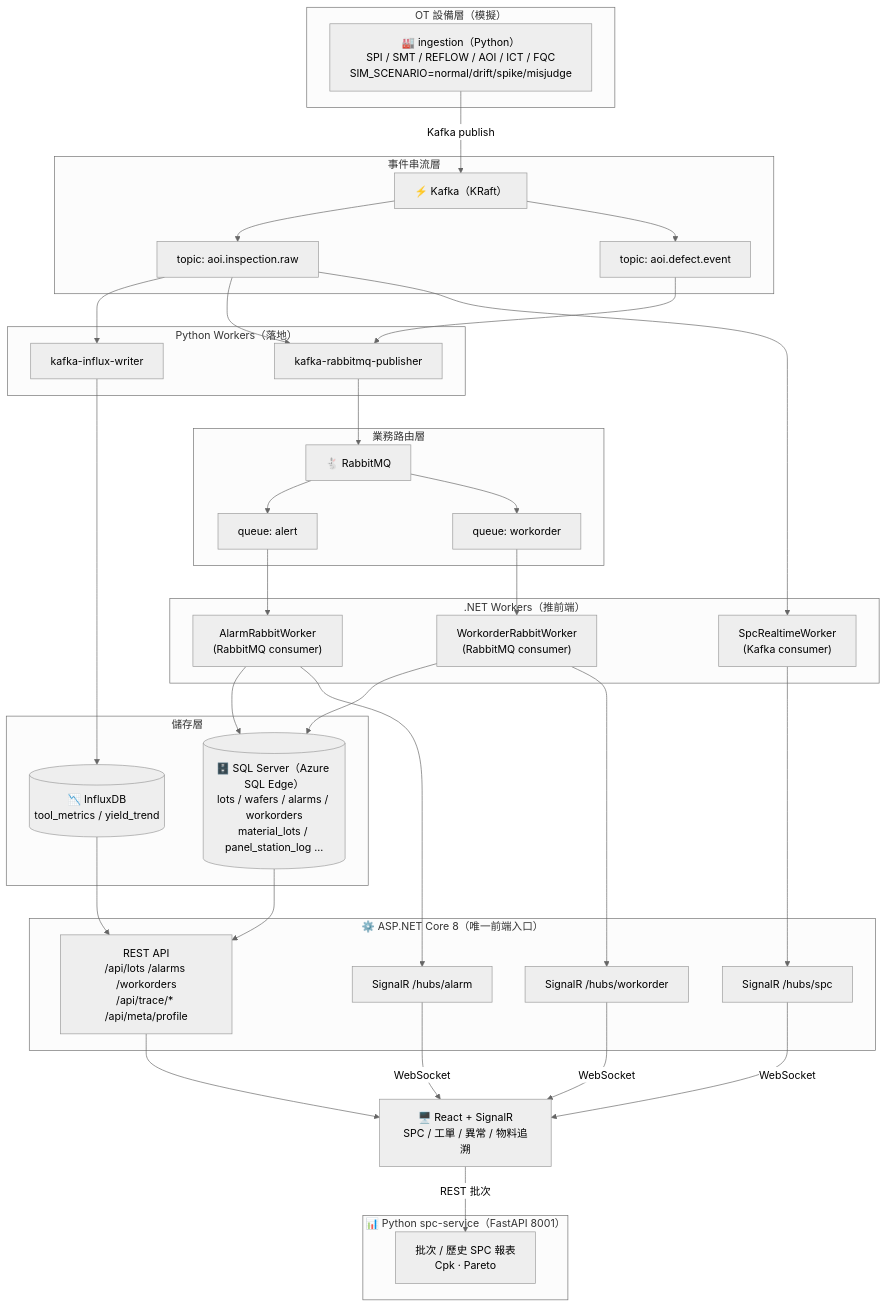
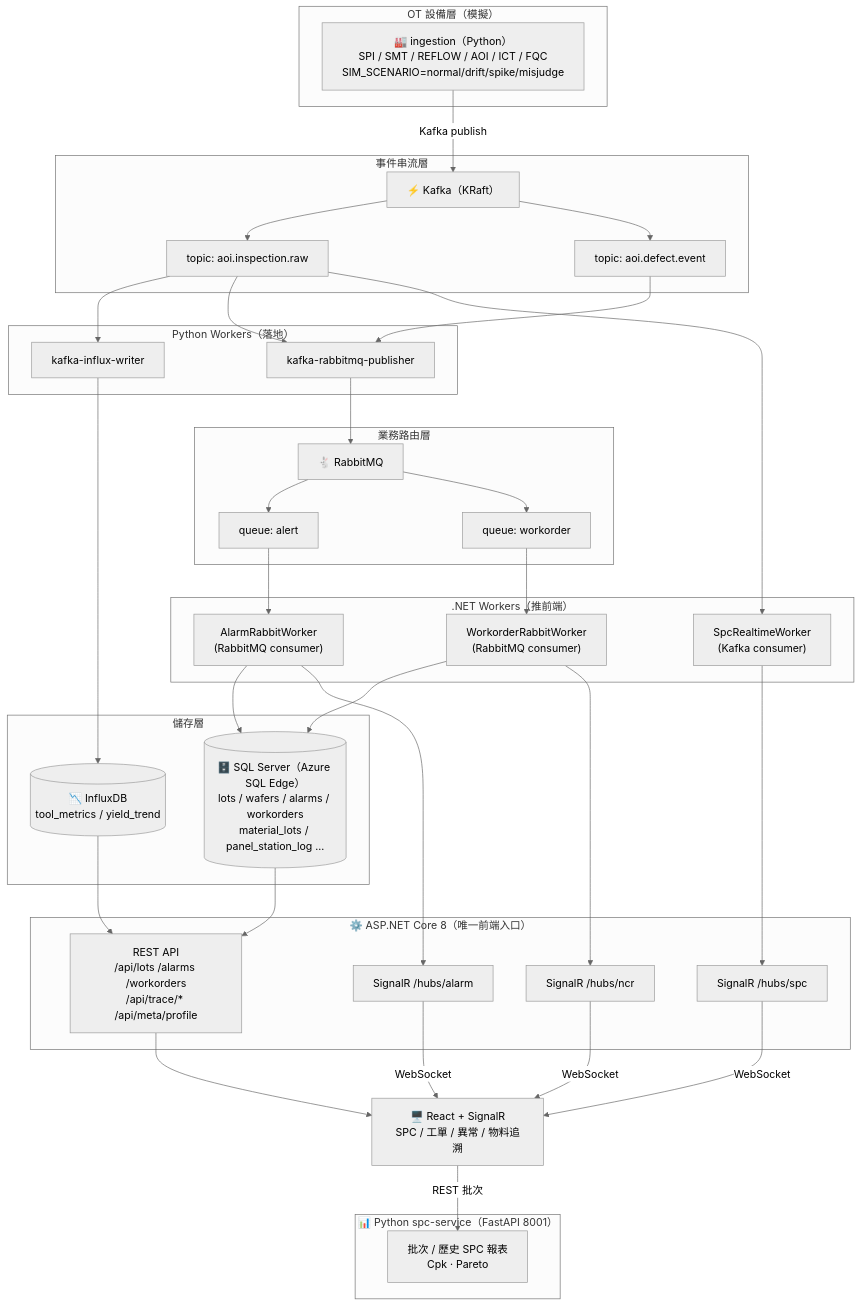
Before and after one commit to sfad159357/aoi-ops-platform: the first of 6 diagrams in graph.md, drawn with Mermaid (neutral theme). The commit also changed other lines of this file and 34 other files, not shown here.

````diff
--- a/graph.md
+++ b/graph.md
@@ -14,77 +14,77 @@
 ```mermaid
 flowchart TB
   subgraph OT["OT 設備層（模擬）"]
     SIM["🏭 ingestion（Python）<br/>SPI / SMT / REFLOW / AOI / ICT / FQC<br/>SIM_SCENARIO=normal/drift/spike/misjudge"]
   end
 
   subgraph Stream["事件串流層"]
     KAFKA["⚡ Kafka（KRaft）"]
     T1["topic: aoi.inspection.raw"]
     T2["topic: aoi.defect.event"]
     KAFKA --> T1
     KAFKA --> T2
   end
 
   subgraph PyWorkers["Python Workers（落地）"]
     INF_W["kafka-influx-writer"]
     RMQ_PUB["kafka-rabbitmq-publisher"]
   end
 
   subgraph DotnetWorkers[".NET Workers（推前端）"]
     SPC_W["SpcRealtimeWorker<br/>(Kafka consumer)"]
     AL_W["AlarmRabbitWorker<br/>(RabbitMQ consumer)"]
     WO_W["WorkorderRabbitWorker<br/>(RabbitMQ consumer)"]
   end
 
   subgraph Bus["業務路由層"]
     RMQ["🐇 RabbitMQ"]
     QA["queue: alert"]
     QW["queue: workorder"]
     RMQ --> QA
     RMQ --> QW
   end
 
   subgraph Storage["儲存層"]
     INFLUX[("📉 InfluxDB<br/>tool_metrics / yield_trend")]
     MSSQL[("🗄️ SQL Server（Azure SQL Edge）<br/>lots / wafers / alarms / workorders<br/>material_lots / panel_station_log ...")]
   end
 
   subgraph DOTNET["⚙️ ASP.NET Core 8（唯一前端入口）"]
     REST["REST API<br/>/api/lots /alarms /workorders<br/>/api/trace/* /api/meta/profile"]
     HUB_SPC["SignalR /hubs/spc"]
     HUB_AL["SignalR /hubs/alarm"]
-    HUB_WO["SignalR /hubs/workorder"]
+    HUB_WO["SignalR /hubs/ncr"]
   end
 
   subgraph SPCSVC["📊 Python spc-service（FastAPI 8001）"]
     SPC_BATCH["批次 / 歷史 SPC 報表<br/>Cpk · Pareto"]
   end
 
   FE["🖥️ React + SignalR<br/>SPC / 工單 / 異常 / 物料追溯"]
 
   SIM -->|Kafka publish| KAFKA
   T1 --> INF_W
   T1 --> RMQ_PUB
   T2 --> RMQ_PUB
   T1 --> SPC_W
   RMQ_PUB --> RMQ
   QA --> AL_W
   QW --> WO_W
 
   INF_W --> INFLUX
   AL_W --> MSSQL
   WO_W --> MSSQL
 
   MSSQL --> REST
   INFLUX --> REST
 
   SPC_W --> HUB_SPC
   AL_W --> HUB_AL
   WO_W --> HUB_WO
 
   REST --> FE
   HUB_SPC -->|WebSocket| FE
   HUB_AL  -->|WebSocket| FE
   HUB_WO  -->|WebSocket| FE
   FE -->|REST 批次| SPC_BATCH
 ```
````
